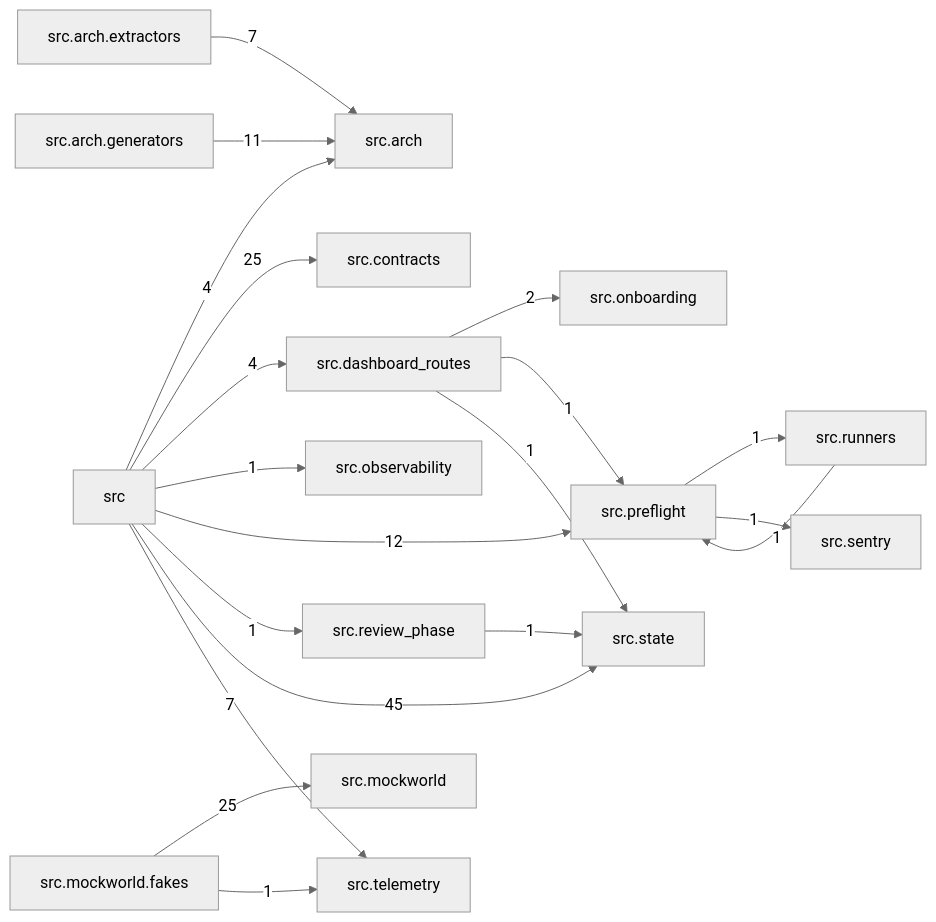
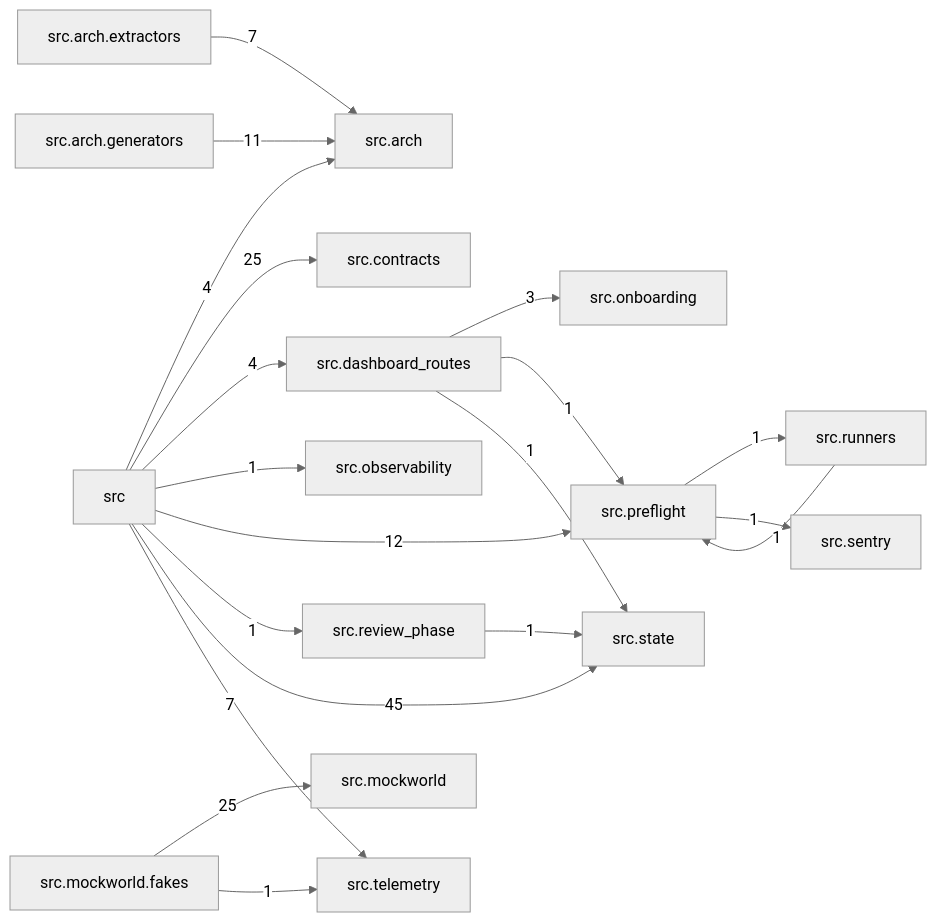
The diagram in docs/arch/generated/modules.md (T-rav/hydraflow), drawn with Mermaid (neutral theme) before and after one commit. The commit also changed other lines of this file and 18 other files, not shown here.

````diff
--- a/docs/arch/generated/modules.md
+++ b/docs/arch/generated/modules.md
@@ -7,38 +7,38 @@
 ```mermaid
 graph LR
     src["src"]
     src_arch["src.arch"]
     src_arch_extractors["src.arch.extractors"]
     src_arch_generators["src.arch.generators"]
     src_contracts["src.contracts"]
     src_dashboard_routes["src.dashboard_routes"]
     src_mockworld["src.mockworld"]
     src_mockworld_fakes["src.mockworld.fakes"]
     src_observability["src.observability"]
     src_onboarding["src.onboarding"]
     src_preflight["src.preflight"]
     src_review_phase["src.review_phase"]
     src_runners["src.runners"]
     src_sentry["src.sentry"]
     src_state["src.state"]
     src_telemetry["src.telemetry"]
     src -- "4" --> src_arch
     src -- "25" --> src_contracts
     src -- "4" --> src_dashboard_routes
     src -- "1" --> src_observability
     src -- "12" --> src_preflight
     src -- "1" --> src_review_phase
     src -- "45" --> src_state
     src -- "7" --> src_telemetry
     src_arch_extractors -- "7" --> src_arch
     src_arch_generators -- "11" --> src_arch
-    src_dashboard_routes -- "2" --> src_onboarding
+    src_dashboard_routes -- "3" --> src_onboarding
     src_dashboard_routes -- "1" --> src_preflight
     src_dashboard_routes -- "1" --> src_state
     src_mockworld_fakes -- "25" --> src_mockworld
     src_mockworld_fakes -- "1" --> src_telemetry
     src_preflight -- "1" --> src_runners
     src_preflight -- "1" --> src_sentry
     src_review_phase -- "1" --> src_state
     src_runners -- "1" --> src_preflight
 ```
````
